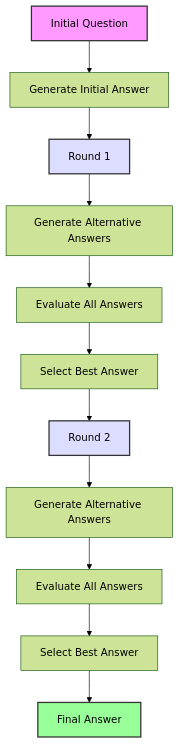
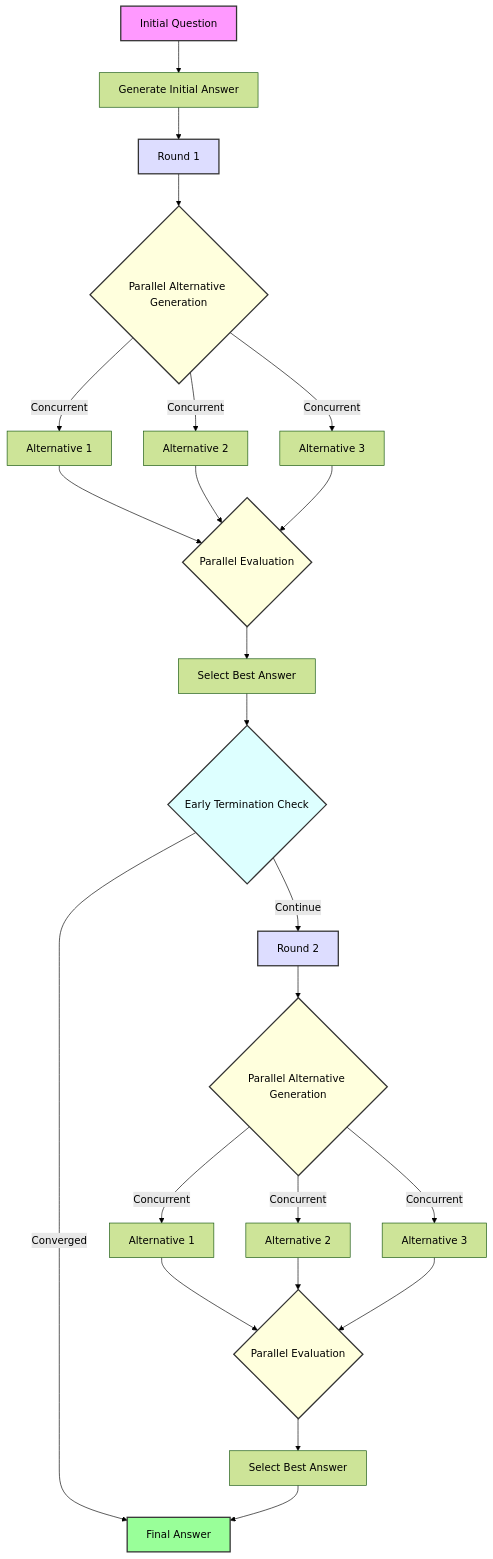
The diagram in README.md (tomascupr/thinkthread), drawn with Mermaid (forest theme) before and after one commit. The commit also changed other lines of this file and 2 other files, not shown here.

Commit message:
Enable adaptive temperature by default, update README, and amend architecture diagram

````diff
--- a/README.md
+++ b/README.md
@@ -18,18 +18,42 @@
 ```mermaid
 graph TD
     A[Initial Question] --> B[Generate Initial Answer]
     B --> C[Round 1]
-    C --> D[Generate Alternative Answers]
-    D --> E[Evaluate All Answers]
+    
+    C --> D{Parallel Alternative Generation}
+    D --> |Concurrent| D1[Alternative 1]
+    D --> |Concurrent| D2[Alternative 2]
+    D --> |Concurrent| D3[Alternative 3]
+    
+    D1 --> E{Parallel Evaluation}
+    D2 --> E
+    D3 --> E
+    
     E --> F[Select Best Answer]
-    F --> G[Round 2]
-    G --> H[Generate Alternative Answers]
-    H --> I[Evaluate All Answers]
+    
+    F --> G1{Early Termination Check}
+    G1 -->|Converged| K[Final Answer]
+    G1 -->|Continue| G[Round 2]
+    
+    G --> H{Parallel Alternative Generation}
+    H --> |Concurrent| H1[Alternative 1]
+    H --> |Concurrent| H2[Alternative 2]
+    H --> |Concurrent| H3[Alternative 3]
+    
+    H1 --> I{Parallel Evaluation}
+    H2 --> I
+    H3 --> I
+    
     I --> J[Select Best Answer]
-    J --> K[Final Answer]
+    J --> K
     
     style A fill:#f9f,stroke:#333,stroke-width:2px
     style K fill:#9f9,stroke:#333,stroke-width:2px
     style C fill:#ddf,stroke:#333,stroke-width:2px
     style G fill:#ddf,stroke:#333,stroke-width:2px
+    style D fill:#ffd,stroke:#333,stroke-width:2px
+    style E fill:#ffd,stroke:#333,stroke-width:2px
+    style H fill:#ffd,stroke:#333,stroke-width:2px
+    style I fill:#ffd,stroke:#333,stroke-width:2px
+    style G1 fill:#dff,stroke:#333,stroke-width:2px
 ```
````
